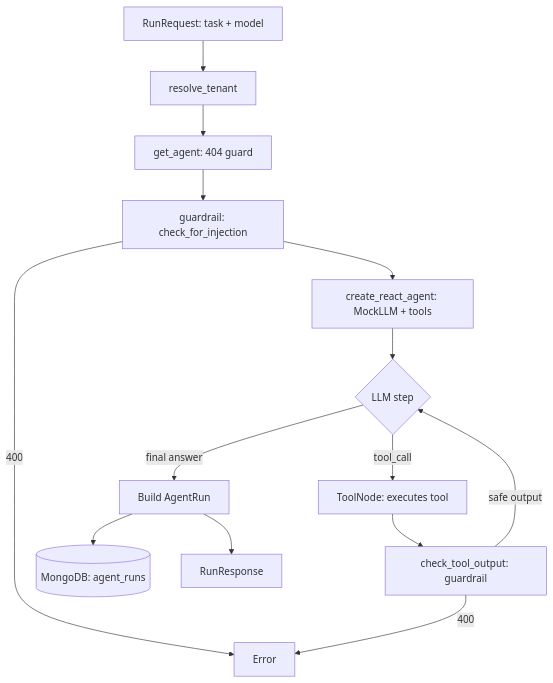
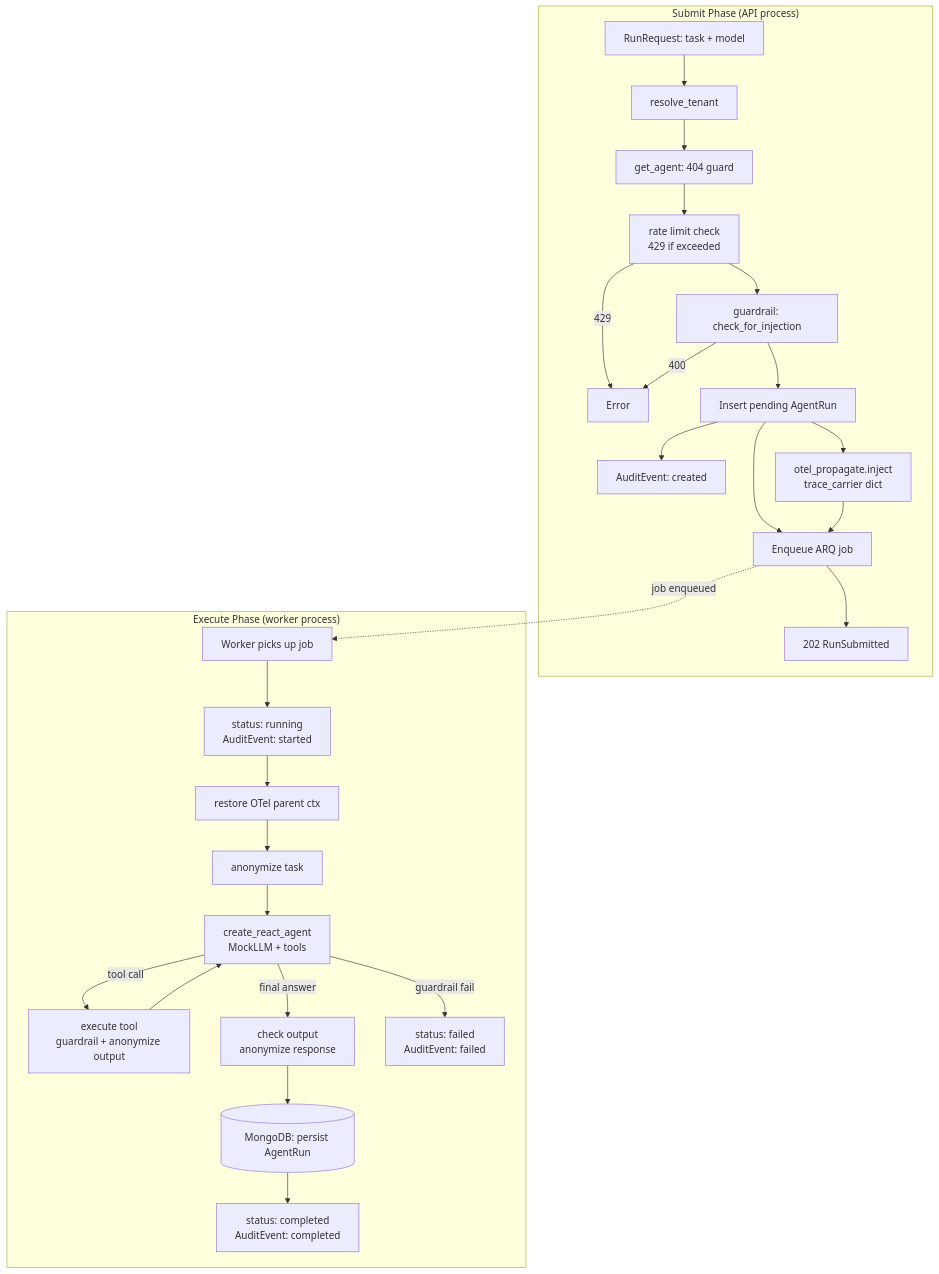
The seventh of 13 diagrams in docs/architecture.md (EladAriel/mini-agent-platform), drawn with Mermaid before and after one commit. The commit also changed other lines of this file and 53 other files, not shown here.

First line of the commit message:
Add platform improvements: async workers, tracing, rate limiting, audit log, PII anonymization, health checks, and structured logging

````diff
--- a/docs/architecture.md
+++ b/docs/architecture.md
@@ -86,16 +125,32 @@
 ```mermaid
 flowchart TD
-    A[RunRequest: task + model] --> B[resolve_tenant]
-    B --> C[get_agent: 404 guard]
-    C --> D[guardrail: check_for_injection]
-    D -- 400 --> Z[Error]
-    D --> E[create_react_agent: MockLLM + tools]
-    E --> F{LLM step}
-    F -->|tool_call| G[ToolNode: executes tool]
-    G --> H[check_tool_output: guardrail]
-    H -- 400 --> Z
-    H -->|safe output| F
-    F -->|final answer| I[Build AgentRun]
-    I --> J[(MongoDB: agent_runs)]
-    I --> K[RunResponse]
+    subgraph Submit["Submit Phase (API process)"]
+        A[RunRequest: task + model] --> B[resolve_tenant]
+        B --> C[get_agent: 404 guard]
+        C --> RL_CHECK[rate limit check\n429 if exceeded]
+        RL_CHECK -- 429 --> Z[Error]
+        RL_CHECK --> D[guardrail: check_for_injection]
+        D -- 400 --> Z[Error]
+        D --> E[Insert pending AgentRun]
+        E --> F[Enqueue ARQ job]
+        E --> AE1[AuditEvent: created]
+        F --> G[202 RunSubmitted]
+        E --> CARRIER[otel_propagate.inject\ntrace_carrier dict]
+        CARRIER --> F
+    end
+
+    subgraph Execute["Execute Phase (worker process)"]
+        W1[Worker picks up job] --> W2[status: running\nAuditEvent: started]
+        W2 --> EXTRACT[restore OTel parent ctx]
+        EXTRACT --> W3[anonymize task]
+        W3 --> W4[create_react_agent\nMockLLM + tools]
+        W4 -->|tool call| W5[execute tool\nguardrail + anonymize output]
+        W5 --> W4
+        W4 -->|final answer| W6[check output\nanonymize response]
+        W6 --> W7[(MongoDB: persist AgentRun)]
+        W7 --> W8[status: completed\nAuditEvent: completed]
+        W4 -->|guardrail fail| WF[status: failed\nAuditEvent: failed]
+    end
+
+    F -.->|job enqueued| W1
 ```
````
